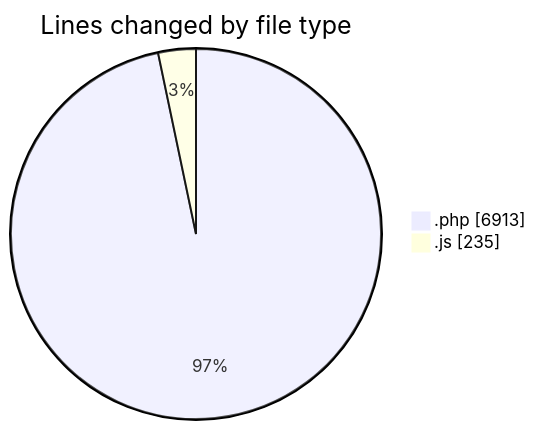
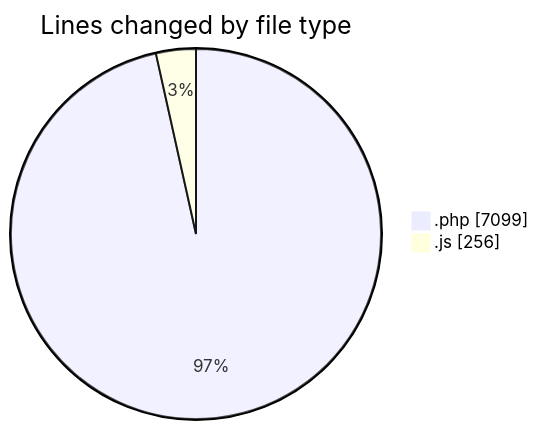
The first of 2 diagrams in 2025-10-03/untitled__workspace_/README.md (debugP/code-tracking), drawn with Mermaid before and after one commit. The commit also changed other lines of this file and 1 other file, not shown here.

````diff
--- a/2025-10-03/untitled__workspace_/README.md
+++ b/2025-10-03/untitled__workspace_/README.md
@@ -24,6 +25,6 @@
 ```mermaid
 pie showData
 title Lines changed by file type
-".php" : 6913
-".js" : 235
+".php" : 7099
+".js" : 256
 ```
````
